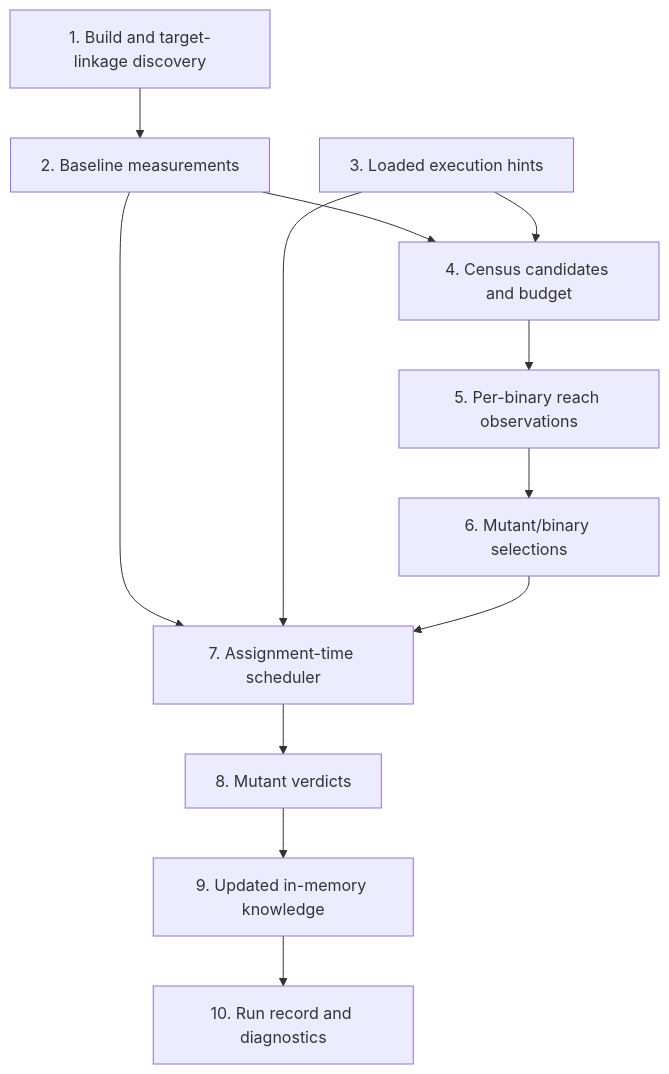
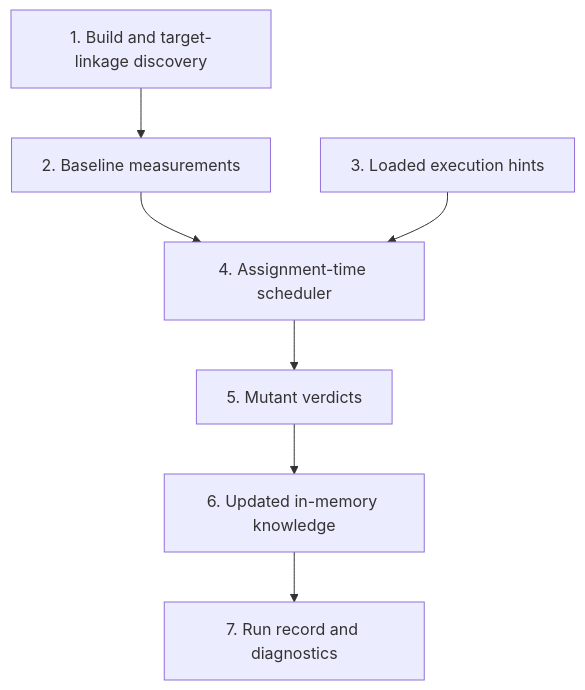
The diagram in crates/cargo-gamma/docs/SCHEDULING.md (microsoft/ox-tools), drawn with Mermaid before and after one commit. The commit also changed other lines of this file and 287 other files, not shown here.

````diff
--- a/crates/cargo-gamma/docs/SCHEDULING.md
+++ b/crates/cargo-gamma/docs/SCHEDULING.md
@@ -20,21 +17,15 @@
 ```mermaid
 flowchart TD
     build[1. Build and target-linkage discovery]
     baseline[2. Baseline measurements]
     hints[3. Loaded execution hints]
-    candidates[4. Census candidates and budget]
-    census[5. Per-binary reach observations]
-    selections[6. Mutant/binary selections]
-    queue[7. Assignment-time scheduler]
-    tests[8. Mutant verdicts]
-    learning[9. Updated in-memory knowledge]
-    persistence[10. Run record and diagnostics]
+    queue[4. Assignment-time scheduler]
+    tests[5. Mutant verdicts]
+    learning[6. Updated in-memory knowledge]
+    persistence[7. Run record and diagnostics]
 
     build --> baseline
-    baseline --> candidates
-    hints --> candidates
-    candidates --> census --> selections
     baseline --> queue
     hints --> queue
-    selections --> queue --> tests --> learning --> persistence
+    queue --> tests --> learning --> persistence
 ```
````
